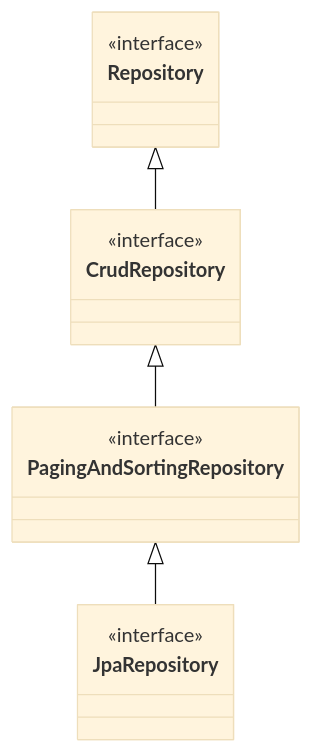
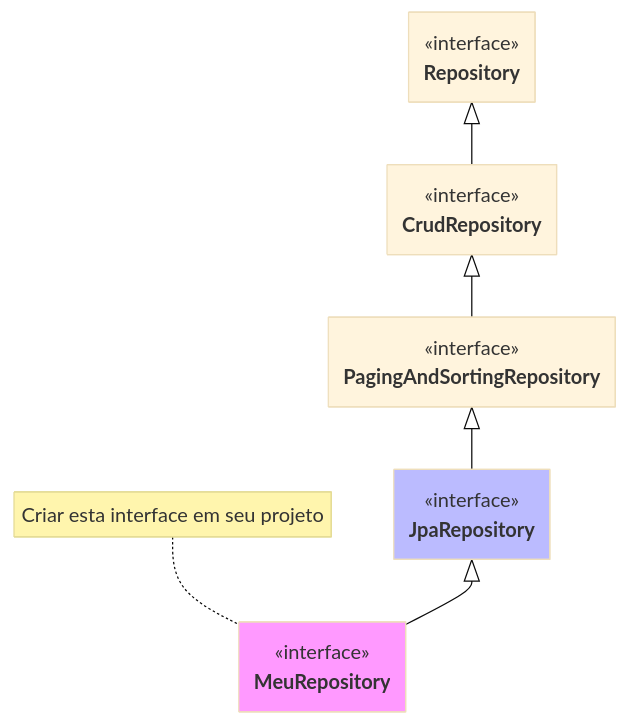
The diagram in Dicas-e-Tutoriais-Spring.md (ftsuda-senac/dicas-desenvolvimento), drawn with Mermaid (base theme) before and after one commit. The commit also changed other lines of this file, not shown here.

````diff
--- a/Dicas-e-Tutoriais-Spring.md
+++ b/Dicas-e-Tutoriais-Spring.md
@@ -93,18 +98,30 @@
 ```mermaid
+---
+config:
+  class:
+    hideEmptyMembersBox: true
+---
 classDiagram
 class Repository {
     <<interface>>
 }
 class CrudRepository {
     <<interface>>
 }
 class PagingAndSortingRepository {
     <<interface>>
 }
 class JpaRepository {
     <<interface>>
 }
+style JpaRepository fill:#bbf
+class MeuRepository {
+    <<interface>>
+}
+style MeuRepository fill:#f9f
+note for MeuRepository "Criar esta interface em seu projeto"
 Repository <|-- CrudRepository
 CrudRepository <|-- PagingAndSortingRepository
 PagingAndSortingRepository <|-- JpaRepository
+JpaRepository <|-- MeuRepository
 ```
````
